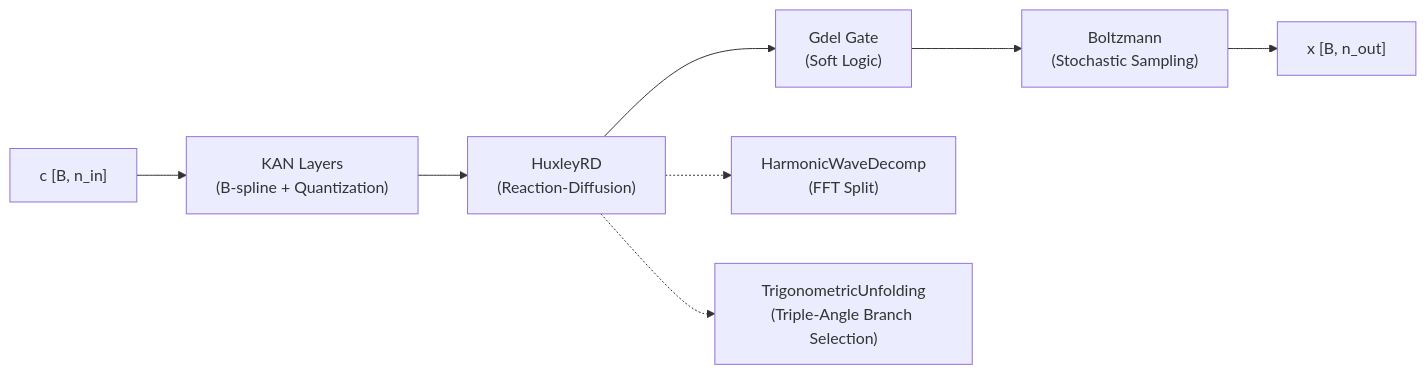
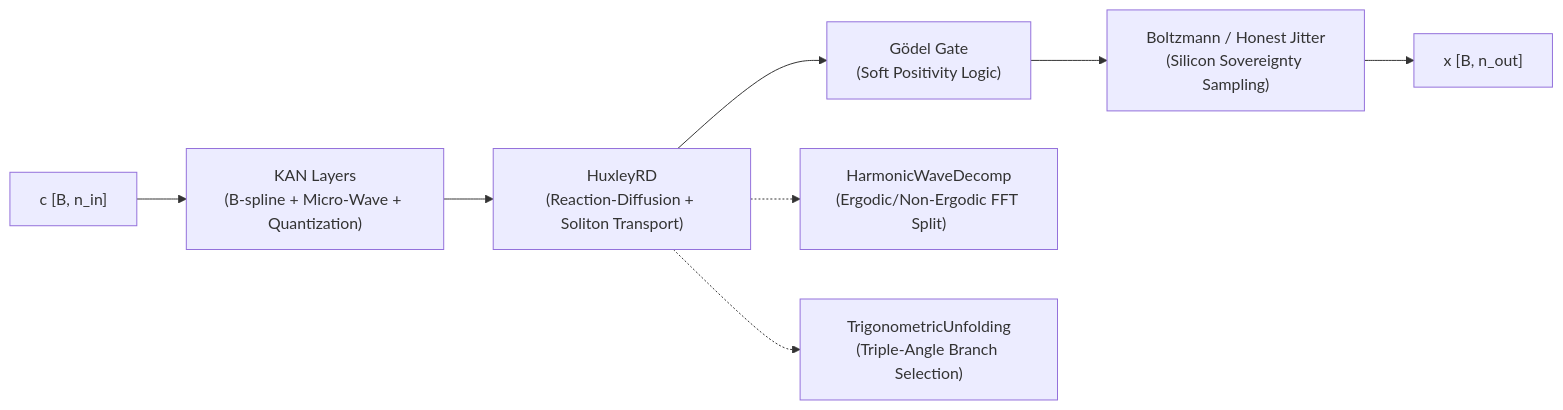
One commit to ZenoNex/Gyroidic-Sparse-Covariance-Flux-Reasoner changed the first of 3 diagrams in docs/KAGH_NETWORKS.md. Above: the diagram before and after it, drawn with Mermaid. The commit also changed other lines of this file, not shown here.

First line of the commit message:
Revise KAGH-Boltzmann Networks documentation

````diff
--- a/docs/KAGH_NETWORKS.md
+++ b/docs/KAGH_NETWORKS.md
@@ -12,11 +12,11 @@
 ```mermaid
 graph LR
-    Input["c [B, n_in]"] --> KAN["KAN Layers<br/>(B-spline + Quantization)"]
-    KAN --> HRD["HuxleyRD<br/>(Reaction-Diffusion)"]
-    HRD --> GOD["Gdel Gate<br/>(Soft Logic)"]
-    GOD --> BOL["Boltzmann<br/>(Stochastic Sampling)"]
+    Input["c [B, n_in]"] --> KAN["KAN Layers<br/>(B-spline + Micro-Wave + Quantization)"]
+    KAN --> HRD["HuxleyRD<br/>(Reaction-Diffusion + Soliton Transport)"]
+    HRD --> GOD["Gödel Gate<br/>(Soft Positivity Logic)"]
+    GOD --> BOL["Boltzmann / Honest Jitter<br/>(Silicon Sovereignty Sampling)"]
     BOL --> Output["x [B, n_out]"]
     
-    HRD -.-> WAV["HarmonicWaveDecomp<br/>(FFT Split)"]
+    HRD -.-> WAV["HarmonicWaveDecomp<br/>(Ergodic/Non-Ergodic FFT Split)"]
     HRD -.-> TRI["TrigonometricUnfolding<br/>(Triple-Angle Branch Selection)"]
 ```
````
